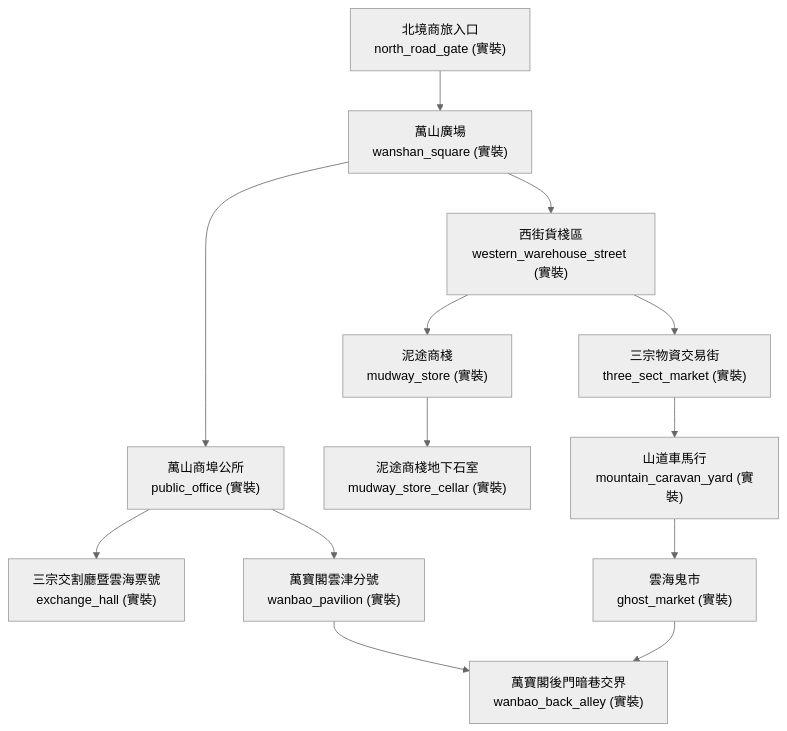
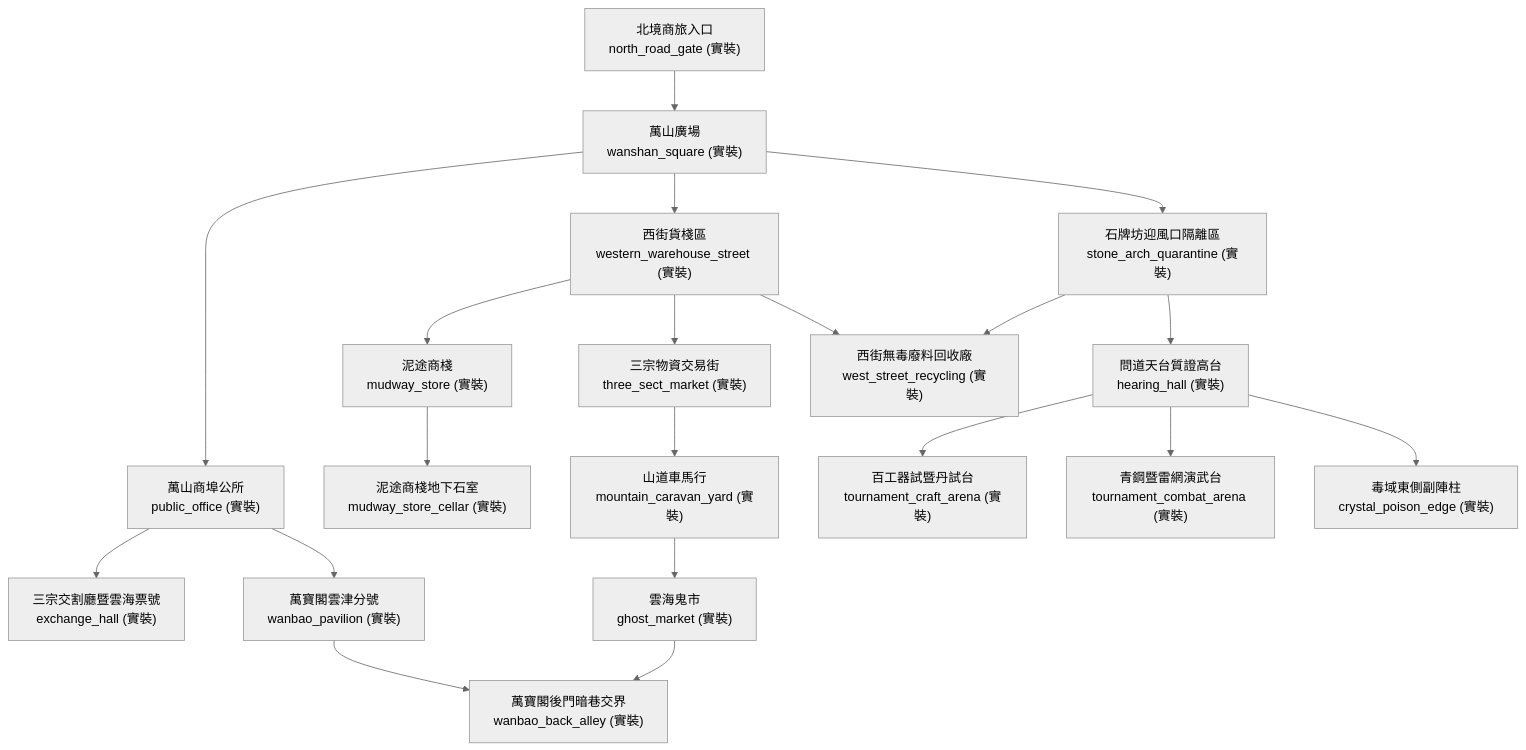
One commit to wade-fs/mudscript changed the diagram in forgotten-space/narrative/docs/maps/tier2/yunjin_map.md. Above: the diagram before and after it, drawn with Mermaid (neutral theme). The commit also changed other lines of this file and 44 other files, not shown here.

````diff
--- a/forgotten-space/narrative/docs/maps/tier2/yunjin_map.md
+++ b/forgotten-space/narrative/docs/maps/tier2/yunjin_map.md
@@ -26,27 +32,34 @@
 ```mermaid
 flowchart TD
   north_road_gate["北境商旅入口<br/>north_road_gate (實裝)"]
   wanshan_square["萬山廣場<br/>wanshan_square (實裝)"]
   public_office["萬山商埠公所<br/>public_office (實裝)"]
   exchange_hall["三宗交割廳暨雲海票號<br/>exchange_hall (實裝)"]
   wanbao_pavilion["萬寶閣雲津分號<br/>wanbao_pavilion (實裝)"]
   western_warehouse_street["西街貨棧區<br/>western_warehouse_street (實裝)"]
   mudway_store["泥途商棧<br/>mudway_store (實裝)"]
   mudway_store_cellar["泥途商棧地下石室<br/>mudway_store_cellar (實裝)"]
   three_sect_market["三宗物資交易街<br/>three_sect_market (實裝)"]
   mountain_caravan_yard["山道車馬行<br/>mountain_caravan_yard (實裝)"]
   ghost_market["雲海鬼市<br/>ghost_market (實裝)"]
   wanbao_back_alley["萬寶閣後門暗巷交界<br/>wanbao_back_alley (實裝)"]
   north_road_gate --> wanshan_square
   wanshan_square --> public_office
   public_office --> exchange_hall
   public_office --> wanbao_pavilion
   wanbao_pavilion --> wanbao_back_alley
   wanshan_square --> western_warehouse_street
   western_warehouse_street --> mudway_store
   mudway_store --> mudway_store_cellar
   western_warehouse_street --> three_sect_market
   three_sect_market --> mountain_caravan_yard
   mountain_caravan_yard --> ghost_market
   ghost_market --> wanbao_back_alley
+  wanshan_square --> stone_arch_quarantine["石牌坊迎風口隔離區<br/>stone_arch_quarantine (實裝)"]
+  stone_arch_quarantine --> hearing_hall["問道天台質證高台<br/>hearing_hall (實裝)"]
+  hearing_hall --> tournament_craft_arena["百工器試暨丹試台<br/>tournament_craft_arena (實裝)"]
+  hearing_hall --> tournament_combat_arena["青鋼暨雷網演武台<br/>tournament_combat_arena (實裝)"]
+  hearing_hall --> crystal_poison_edge["毒域東側副陣柱<br/>crystal_poison_edge (實裝)"]
+  western_warehouse_street --> west_street_recycling["西街無毒廢料回收廠<br/>west_street_recycling (實裝)"]
+  stone_arch_quarantine --> west_street_recycling
 ```
````
